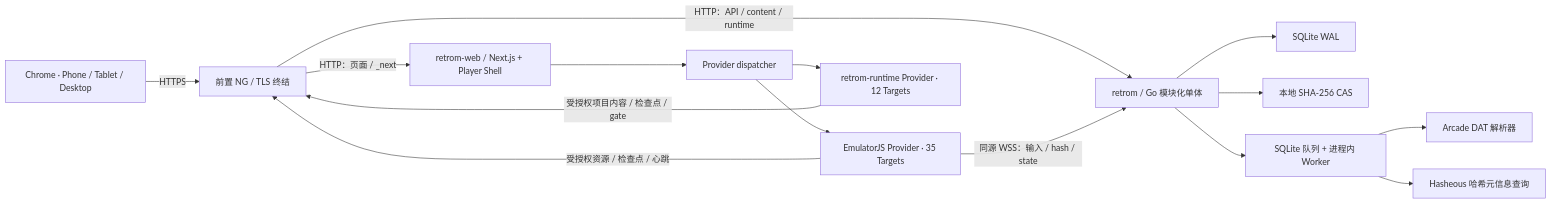
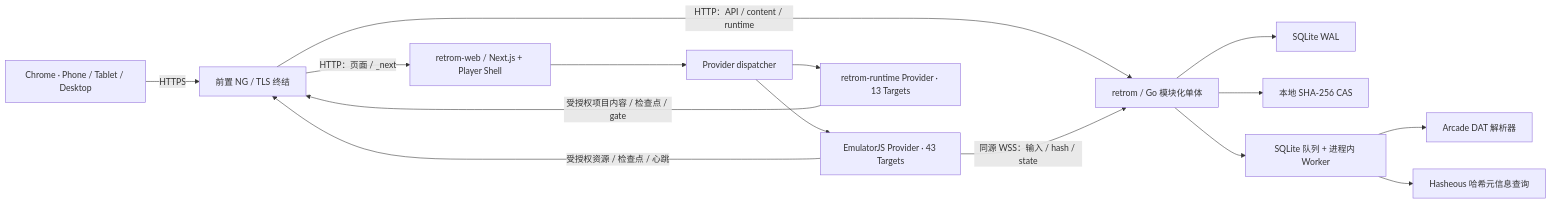
One commit to retrom-project/retrom changed the second of 4 diagrams in docs/retrom-product-architecture.md. Above: the diagram before and after it, drawn with Mermaid. The commit also changed other lines of this file and 12 other files, not shown here.

```diff
--- a/docs/retrom-product-architecture.md
+++ b/docs/retrom-product-architecture.md
@@ -207,17 +207,17 @@
 ~~~mermaid
 flowchart LR
     U["Chrome · Phone / Tablet / Desktop"] -->|HTTPS| N["前置 NG / TLS 终结"]
     N -->|HTTP：页面 / _next| W["retrom-web / Next.js + Player Shell"]
     N -->|HTTP：API / content / runtime| S["retrom / Go 模块化单体"]
     W --> PD["Provider dispatcher"]
-    PD --> EP["EmulatorJS Provider · 35 Targets"]
-    PD --> RP["retrom-runtime Provider · 12 Targets"]
+    PD --> EP["EmulatorJS Provider · 43 Targets"]
+    PD --> RP["retrom-runtime Provider · 13 Targets"]
     S --> D["SQLite WAL"]
     S --> B["本地 SHA-256 CAS"]
     S --> J["SQLite 队列 + 进程内 Worker"]
     J --> A["Arcade DAT 解析器"]
     J --> H["Hasheous 哈希元信息查询"]
     EP -->|受授权资源 / 检查点 / 心跳| N
     RP -->|受授权项目内容 / 检查点 / gate| N
     EP -->|同源 WSS：输入 / hash / state| S
 ~~~
```
